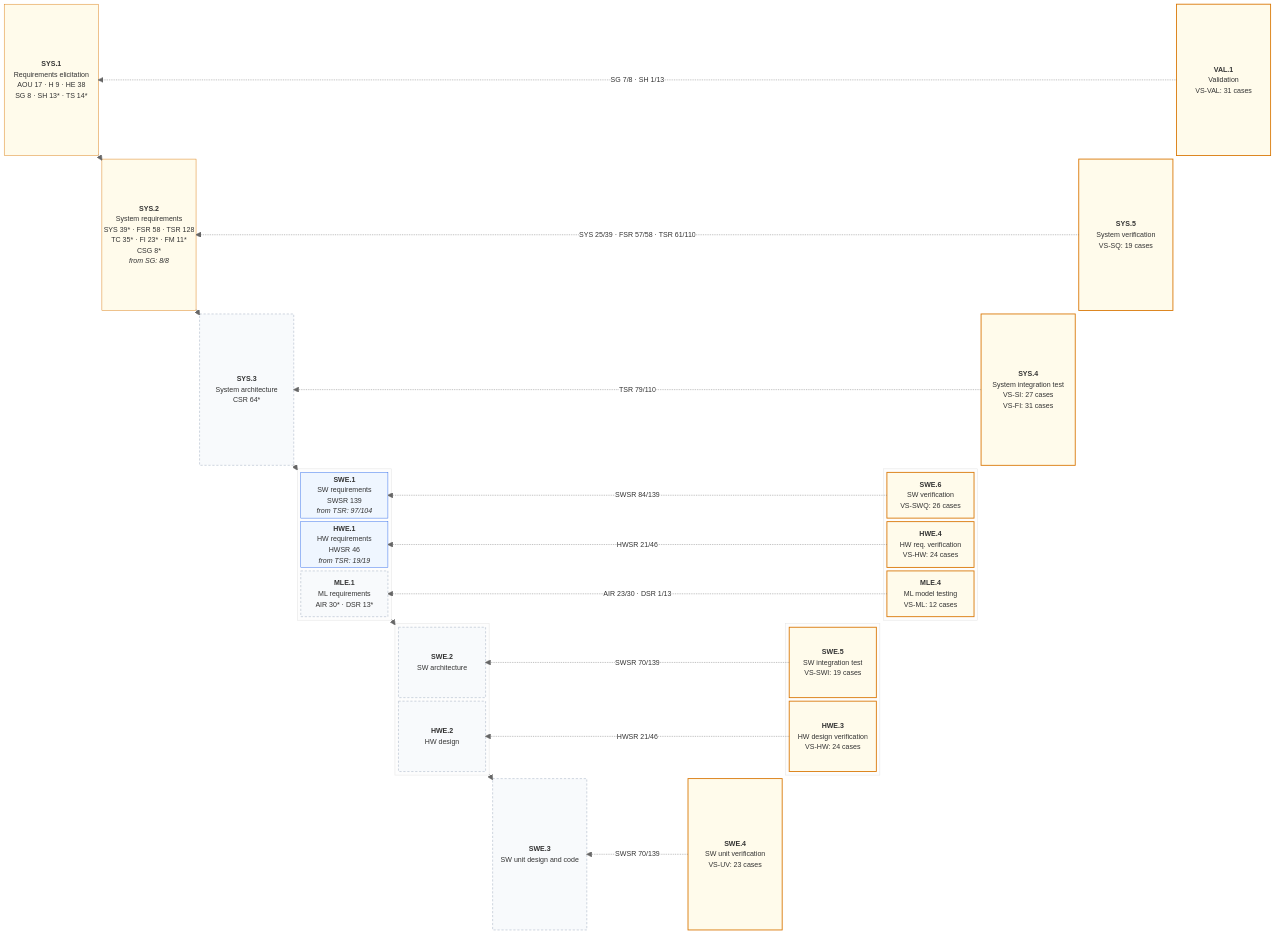
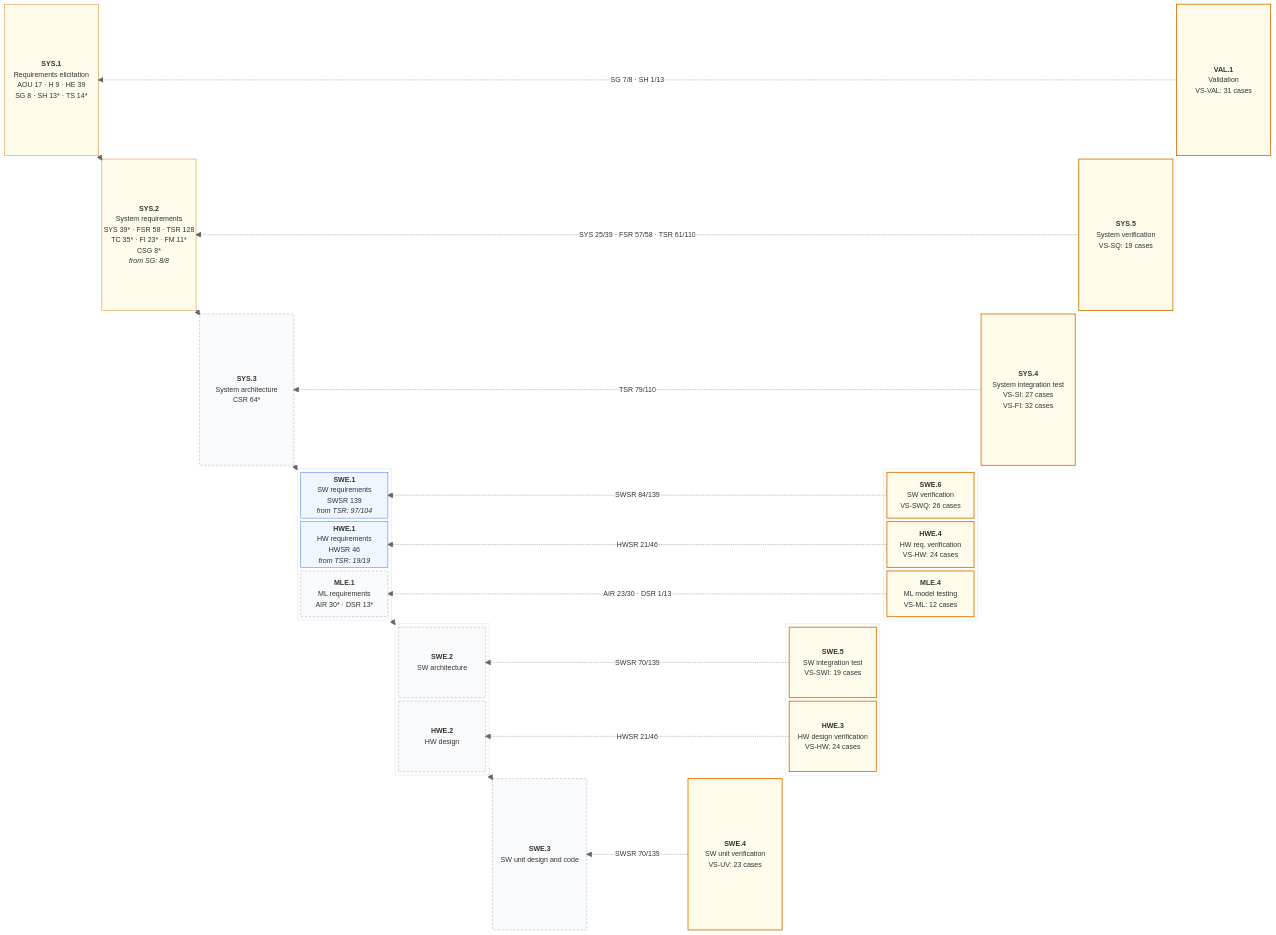
One commit to jherrodthomas/LionDriver changed the first of 2 diagrams in assurance/trace/maps/aspice-trace-map.md. Above: the diagram before and after it, drawn with Mermaid (neutral theme). The commit also changed other lines of this file and 57 other files, not shown here.

````diff
--- a/assurance/trace/maps/aspice-trace-map.md
+++ b/assurance/trace/maps/aspice-trace-map.md
@@ -22,7 +22,7 @@
 ```mermaid
 block-beta
   columns 13
-  SYS1["<b>SYS.1</b><br/>Requirements elicitation<br/>AOU 17 · H 9 · HE 38<br/>SG 8 · SH 13* · TS 14*"]
+  SYS1["<b>SYS.1</b><br/>Requirements elicitation<br/>AOU 17 · H 9 · HE 39<br/>SG 8 · SH 13* · TS 14*"]
   space
   space
   space
@@ -58,7 +58,7 @@
   space
   space
   space
-  SYS4["<b>SYS.4</b><br/>System integration test<br/>VS-SI: 27 cases<br/>VS-FI: 31 cases"]
+  SYS4["<b>SYS.4</b><br/>System integration test<br/>VS-SI: 27 cases<br/>VS-FI: 32 cases"]
   space
   space
   space
````
